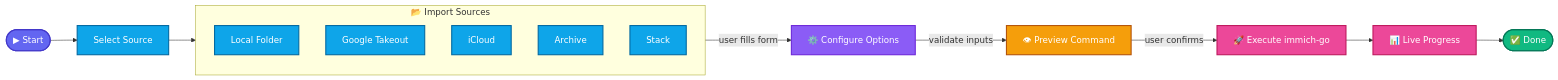
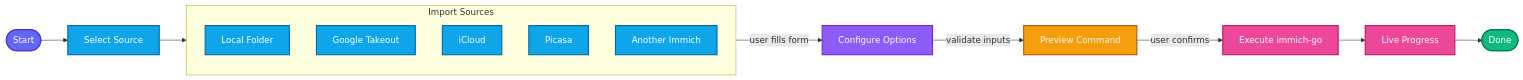
One commit to shitan198u/immich-go-gui changed the diagram in docs/user-guide/choose-your-workflow.md. Above: the diagram before and after it, drawn with Mermaid. The commit also changed 21 other files, not shown here.

````diff
--- a/docs/user-guide/choose-your-workflow.md
+++ b/docs/user-guide/choose-your-workflow.md
@@ -7,34 +7,34 @@
 ```mermaid
 flowchart LR
     classDef startEnd fill:#6366f1,stroke:#4338ca,color:#fff,stroke-width:2px
     classDef source fill:#0ea5e9,stroke:#0369a1,color:#fff,stroke-width:2px
     classDef config fill:#8b5cf6,stroke:#6d28d9,color:#fff,stroke-width:2px
     classDef preview fill:#f59e0b,stroke:#b45309,color:#fff,stroke-width:2px
     classDef run fill:#ec4899,stroke:#be185d,color:#fff,stroke-width:2px
     classDef done fill:#10b981,stroke:#047857,color:#fff,stroke-width:2px
 
-    Start([▶ Start]):::startEnd
+    Start([Start]):::startEnd
     Select[Select Source]:::source
 
-    subgraph Sources["📂 Import Sources"]
+    subgraph Sources["Import Sources"]
         Folder[Local Folder]:::source
         Takeout[Google Takeout]:::source
         iCloud[iCloud]:::source
-        Archive[Archive]:::source
-        Stack[Stack]:::source
+        Picasa[Picasa]:::source
+        ImmichSrc[Another Immich]:::source
     end
 
-    Configure[⚙️ Configure Options]:::config
-    Preview[👁 Preview Command]:::preview
-    Run[🚀 Execute immich-go]:::run
-    Progress[📊 Live Progress]:::run
-    Done([✅ Done]):::done
+    Configure[Configure Options]:::config
+    Preview[Preview Command]:::preview
+    Run[Execute immich-go]:::run
+    Progress[Live Progress]:::run
+    Done([Done]):::done
 
     Start --> Select
     Select --> Sources
     Sources -->|user fills form| Configure
     Configure -->|validate inputs| Preview
     Preview -->|user confirms| Run
     Run --> Progress
     Progress --> Done
 ```
````
